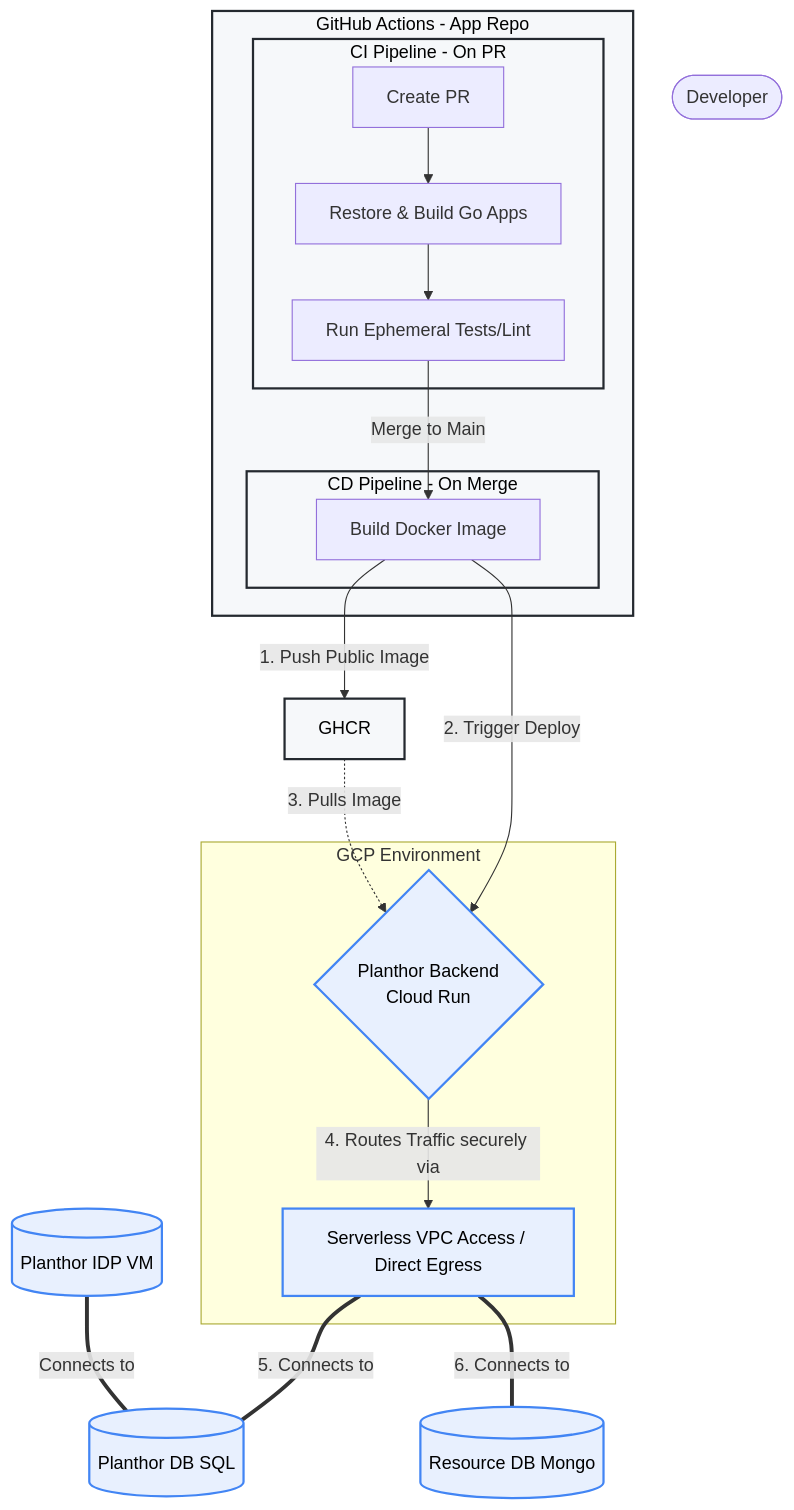
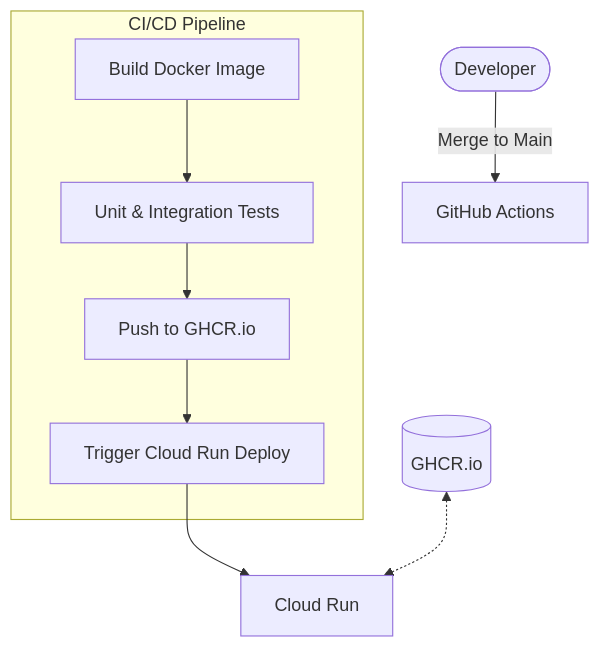
The third of 4 diagrams in docs/devops.md (Planthor/planthor-documentation), drawn with Mermaid before and after one commit. The commit also changed other lines of this file and 5 other files, not shown here.

````diff
--- a/docs/devops.md
+++ b/docs/devops.md
@@ -153,42 +168,15 @@
 ```mermaid
 graph TD
-    %% Entities
-    Dev([Developer])
-    Registry[GHCR]
-    PlanthorDB[(Planthor DB SQL)]
-    ResourceDB[(Resource DB Mongo)]
-    PlanthorIDP[(Planthor IDP VM)]
-
-    %% GitHub Actions
-    subgraph GitHub [GitHub Actions - App Repo]
-        subgraph CI [CI Pipeline - On PR]
-            PR[Create PR] --> RestoreBuild[Restore & Build Go Apps]
-            RestoreBuild --> Tests[Run Ephemeral Tests/Lint]
-        end
-        
-        subgraph CD [CD Pipeline - On Merge]
-            Tests -->|Merge to Main| BuildImage[Build Docker Image]
-        end
+    Dev([Developer]) -->|Merge to Main| GHA[GitHub Actions]
+    
+    subgraph GitHub_Actions [CI/CD Pipeline]
+        Build[Build Docker Image]
+        Test[Unit & Integration Tests]
+        Push[Push to GHCR.io]
+        Deploy[Trigger Cloud Run Deploy]
+        Build --> Test --> Push --> Deploy
     end
 
-    %% GCP Environment
-    subgraph GCP Environment
-        PlanthorBackend{Planthor Backend <br/> Cloud Run}
-        VPC[Serverless VPC Access / Direct Egress]
-    end
-
-    %% Connections
-    BuildImage -->|1. Push Public Image| Registry
-    BuildImage -->|2. Trigger Deploy| PlanthorBackend
-    Registry -.->|3. Pulls Image| PlanthorBackend
-    PlanthorBackend -->|4. Routes Traffic securely via| VPC
-    VPC ===|5. Connects to| PlanthorDB
-    VPC ===|6. Connects to| ResourceDB
-    PlanthorIDP ===|Connects to| PlanthorDB
-    
-    %% Styling
-    classDef gcp fill:#e8f0fe,stroke:#4285f4,stroke-width:2px,color:#000;
-    classDef git fill:#f6f8fa,stroke:#24292f,stroke-width:2px,color:#000;
-    class PlanthorDB,PlanthorBackend,VPC,PlanthorIDP,ResourceDB gcp;
-    class CI,CD,GitHub,Registry git;
+    Deploy --> CR[Cloud Run]
+    GHCR[(GHCR.io)] <.-> CR
 ```
````
